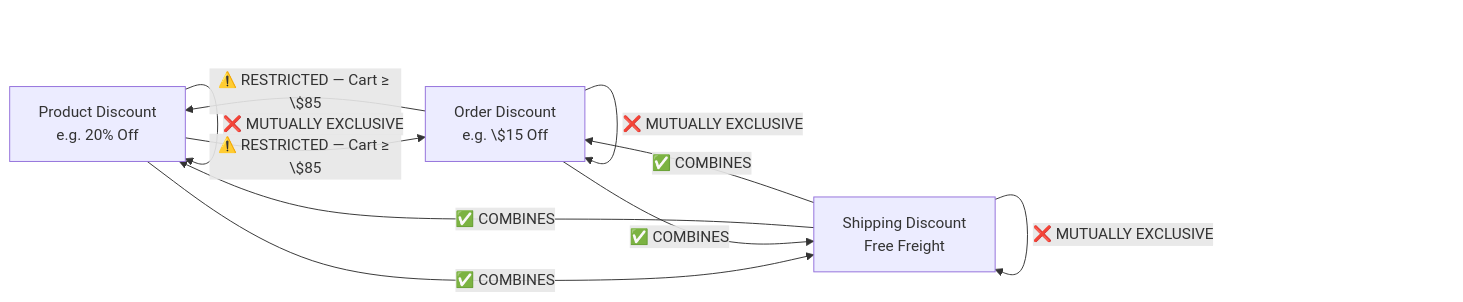
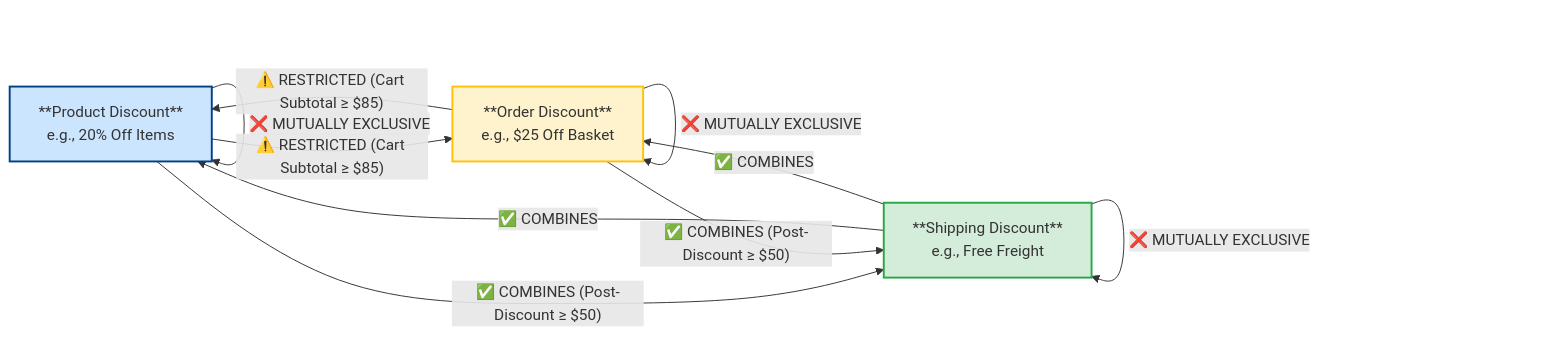
The third of 5 diagrams in master-dossiers/MasterDossier-Domain5-MarginDefenseAndCartDiagnostics.md (riovicsusas/portfolio), drawn with Mermaid before and after one commit. The commit also changed other lines of this file and 1 other file, not shown here.

````diff
--- a/master-dossiers/MasterDossier-Domain5-MarginDefenseAndCartDiagnostics.md
+++ b/master-dossiers/MasterDossier-Domain5-MarginDefenseAndCartDiagnostics.md
@@ -92,21 +154,22 @@
 ```mermaid
 flowchart LR
-    P["Product Discount
-    e.g. 20% Off"]
-    O["Order Discount
-    e.g. \$15 Off"]
-    S["Shipping Discount
-    Free Freight"]
+    P["**Product Discount**<br/>e.g., 20% Off Items"]
+    O["**Order Discount**<br/>e.g., $25 Off Basket"]
+    S["**Shipping Discount**<br/>e.g., Free Freight"]
 
     P -->|"❌ MUTUALLY EXCLUSIVE"| P
-    P -->|"⚠️ RESTRICTED — Cart ≥ \$85"| O
-    P -->|"✅ COMBINES"| S
+    P -->|"⚠️ RESTRICTED (Cart Subtotal ≥ $85)"| O
+    P -->|"✅ COMBINES (Post-Discount ≥ $50)"| S
 
-    O -->|"⚠️ RESTRICTED — Cart ≥ \$85"| P
+    O -->|"⚠️ RESTRICTED (Cart Subtotal ≥ $85)"| P
     O -->|"❌ MUTUALLY EXCLUSIVE"| O
-    O -->|"✅ COMBINES"| S
+    O -->|"✅ COMBINES (Post-Discount ≥ $50)"| S
 
     S -->|"✅ COMBINES"| P
     S -->|"✅ COMBINES"| O
     S -->|"❌ MUTUALLY EXCLUSIVE"| S
+
+    style P fill:#cce5ff,stroke:#004085,stroke-width:2px;
+    style O fill:#fff3cd,stroke:#ffc107,stroke-width:2px;
+    style S fill:#d4edda,stroke:#28a745,stroke-width:2px;
 ```
````
